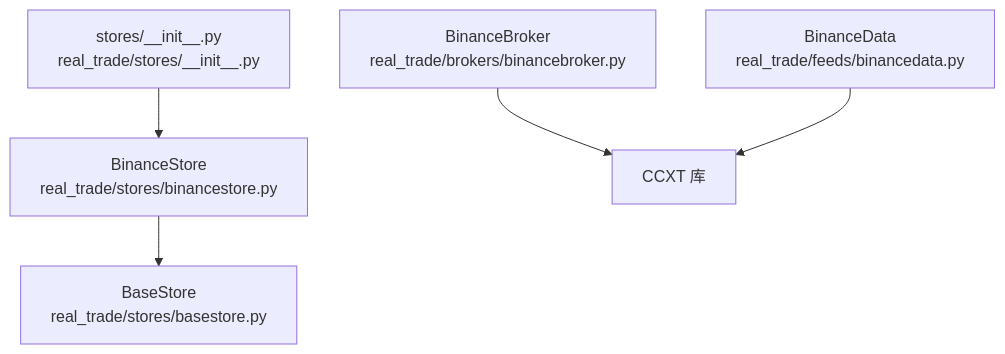
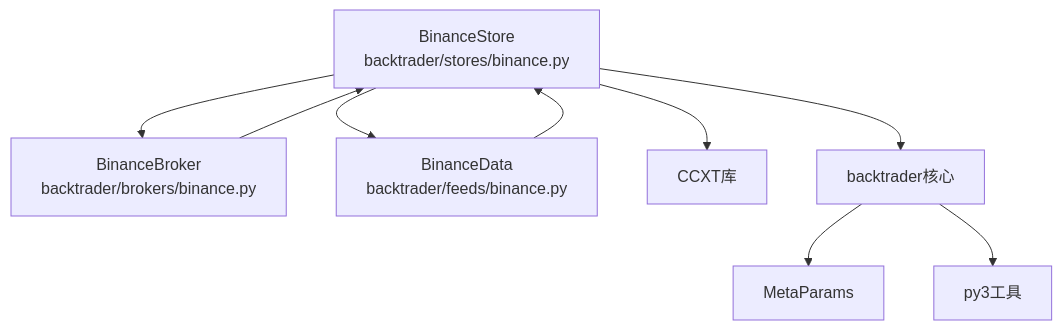
The sixth of 6 diagrams in .qoder/repowiki/zh/content/实盘交易模块/Binance交易所集成/BinanceStore存储层.md (bench-prog/backtrader), drawn with Mermaid before and after one commit. The commit also changed other lines of this file and 23 other files, not shown here.

````diff
--- a/.qoder/repowiki/zh/content/实盘交易模块/Binance交易所集成/BinanceStore存储层.md
+++ b/.qoder/repowiki/zh/content/实盘交易模块/Binance交易所集成/BinanceStore存储层.md
@@ -275,13 +336,14 @@
 ```mermaid
 graph TB
-Store["BinanceStore<br/>real_trade/stores/binancestore.py"]
-BaseStore["BaseStore<br/>real_trade/stores/basestore.py"]
-StoresInit["stores/__init__.py<br/>real_trade/stores/__init__.py"]
-Broker["BinanceBroker<br/>real_trade/brokers/binancebroker.py"]
-Data["BinanceData<br/>real_trade/feeds/binancedata.py"]
-CCXT["CCXT 库"]
-Store --> BaseStore
-StoresInit --> Store
-Broker --> CCXT
-Data --> CCXT
+Store["BinanceStore<br/>backtrader/stores/binance.py"]
+Broker["BinanceBroker<br/>backtrader/brokers/binance.py"]
+Data["BinanceData<br/>backtrader/feeds/binance.py"]
+Store --> Broker
+Store --> Data
+Broker --> Store
+Data --> Store
+Store --> CCXT["CCXT库"]
+Store --> Backtrader["backtrader核心"]
+Backtrader --> MetaBase["MetaParams"]
+Backtrader --> Utils["py3工具"]
 ```
````
